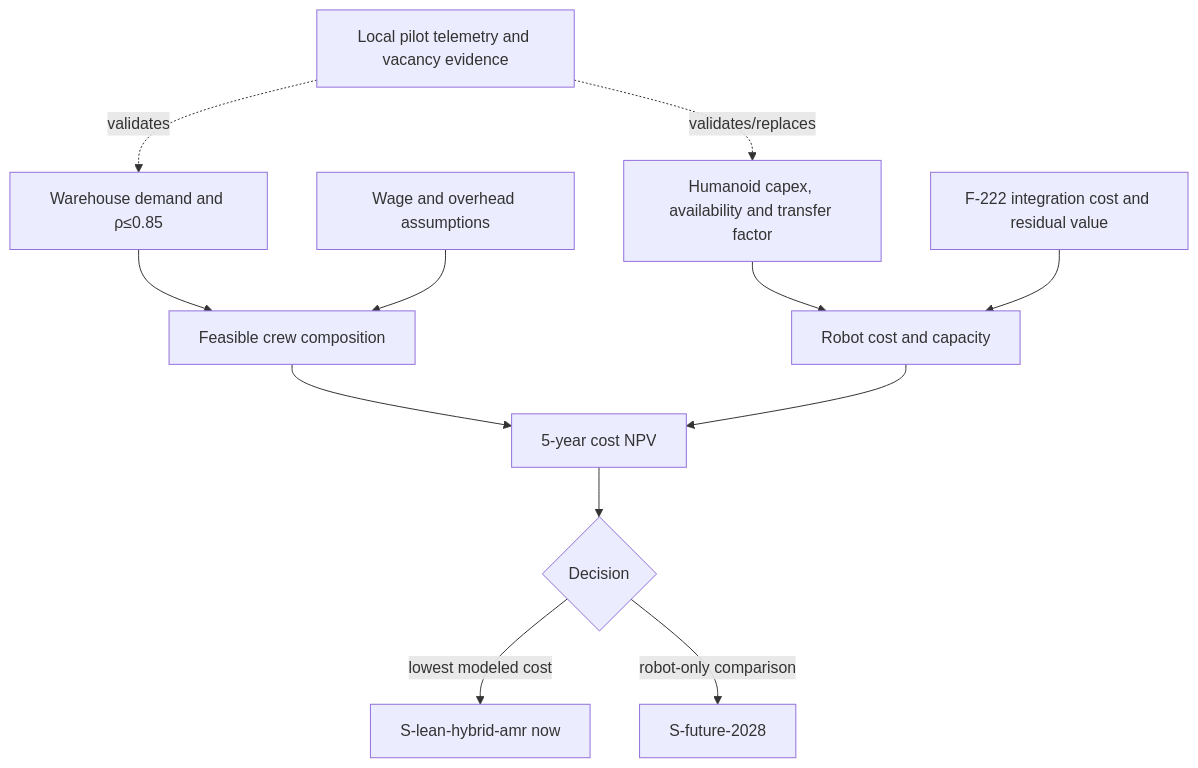
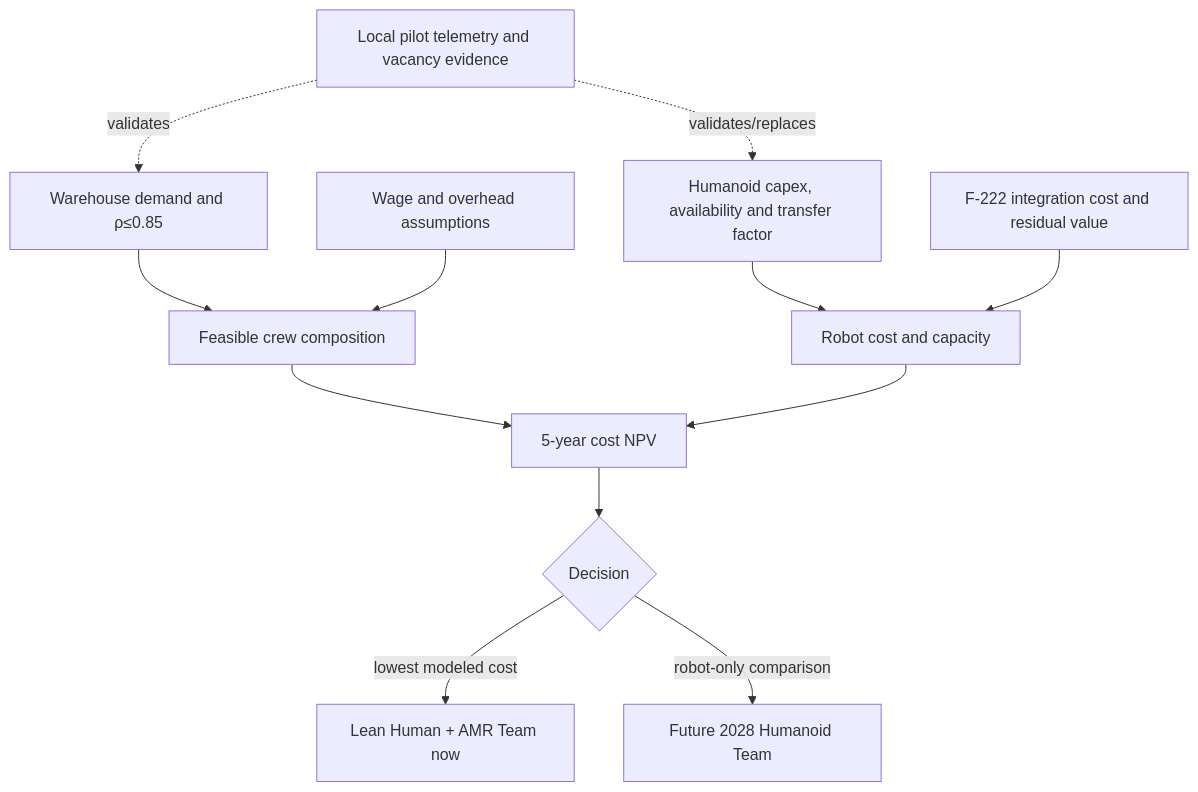
The second of 2 diagrams in docs/data_lineage.md (RafaelBraga-Kribitz/warehouse_humanoid_tco), drawn with Mermaid before and after one commit. The commit also changed 88 other files, not shown here.

````diff
--- a/docs/data_lineage.md
+++ b/docs/data_lineage.md
@@ -45,14 +45,14 @@
 ```mermaid
 flowchart TD
     D["Warehouse demand and ρ≤0.85"] --> C["Feasible crew composition"]
     W["Wage and overhead assumptions"] --> C
     X["Humanoid capex, availability and transfer factor"] --> R["Robot cost and capacity"]
     I["F-222 integration cost and residual value"] --> R
     C --> N["5-year cost NPV"]
     R --> N
     N --> K{"Decision"}
-    K -->|"lowest modeled cost"| L["S-lean-hybrid-amr now"]
-    K -->|"robot-only comparison"| F["S-future-2028"]
+    K -->|"lowest modeled cost"| L["Lean Human + AMR Team now"]
+    K -->|"robot-only comparison"| F["Future 2028 Humanoid Team"]
     V["Local pilot telemetry and vacancy evidence"] -. validates/replaces .-> X
     V -. validates .-> D
 ```
````
